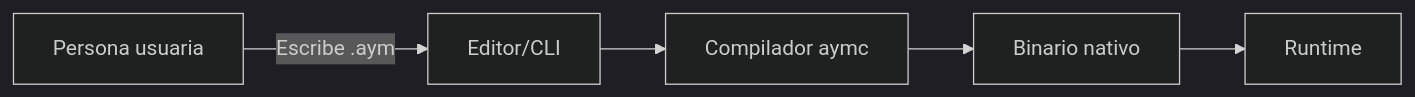
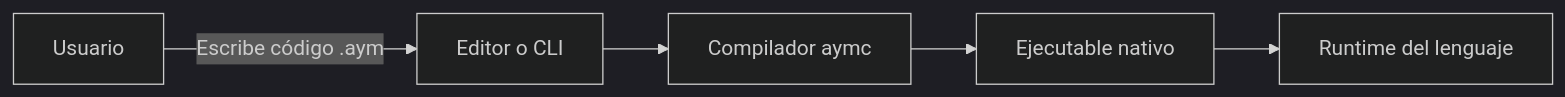
Before and after one commit to jhulio435m/aymaraLang: the diagram in docs/overview.md, drawn with Mermaid (dark theme). The commit also changed 5 other files, not shown here.

Commit message:
mermaid mkdocs

````diff
--- a/docs/overview.md
+++ b/docs/overview.md
@@ -35,7 +35,7 @@
 ```mermaid
 flowchart LR
-    A[Persona usuaria] -->|Escribe .aym| B[Editor/CLI]
+    A[Usuario] -->|Escribe código .aym| B[Editor o CLI]
     B --> C[Compilador aymc]
-    C --> D[Binario nativo]
-    D --> E[Runtime]
+    C --> D[Ejecutable nativo]
+    D --> E[Runtime del lenguaje]
 ```
````
